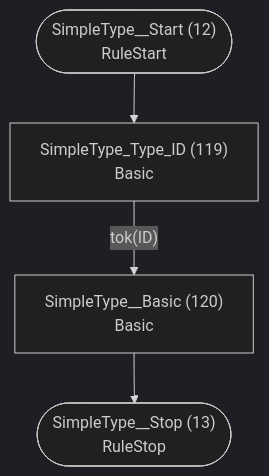
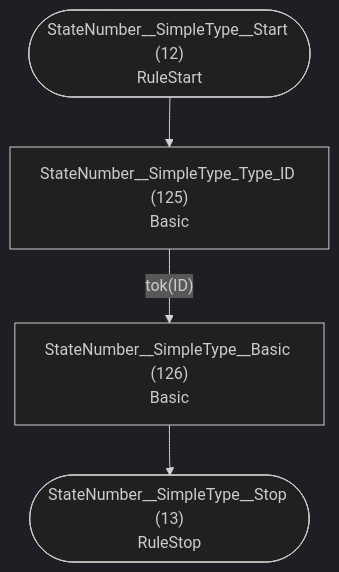
The seventh of 32 diagrams in internal/grammar/atn.md (TypeFox/fastbelt), drawn with Mermaid (dark theme) before and after one commit. The commit also changed other lines of this file and 5 other files, not shown here.

````diff
--- a/internal/grammar/atn.md
+++ b/internal/grammar/atn.md
@@ -200,11 +200,11 @@
 ```mermaid
 flowchart TD
-    q12(["SimpleType__Start (12)<br/>RuleStart"])
-    q13(["SimpleType__Stop (13)<br/>RuleStop"])
-    q119["SimpleType_Type_ID (119)<br/>Basic<br/>"]
-    q120["SimpleType__Basic (120)<br/>Basic<br/>"]
+    q12(["StateNumber__SimpleType__Start (12)<br/>RuleStart"])
+    q13(["StateNumber__SimpleType__Stop (13)<br/>RuleStop"])
+    q125["StateNumber__SimpleType_Type_ID (125)<br/>Basic<br/>"]
+    q126["StateNumber__SimpleType__Basic (126)<br/>Basic<br/>"]
 
-    q12 --> q119
-    q119 -->|"tok(ID)"| q120
-    q120 --> q13
+    q12 --> q125
+    q125 -->|"tok(ID)"| q126
+    q126 --> q13
 ```
````
